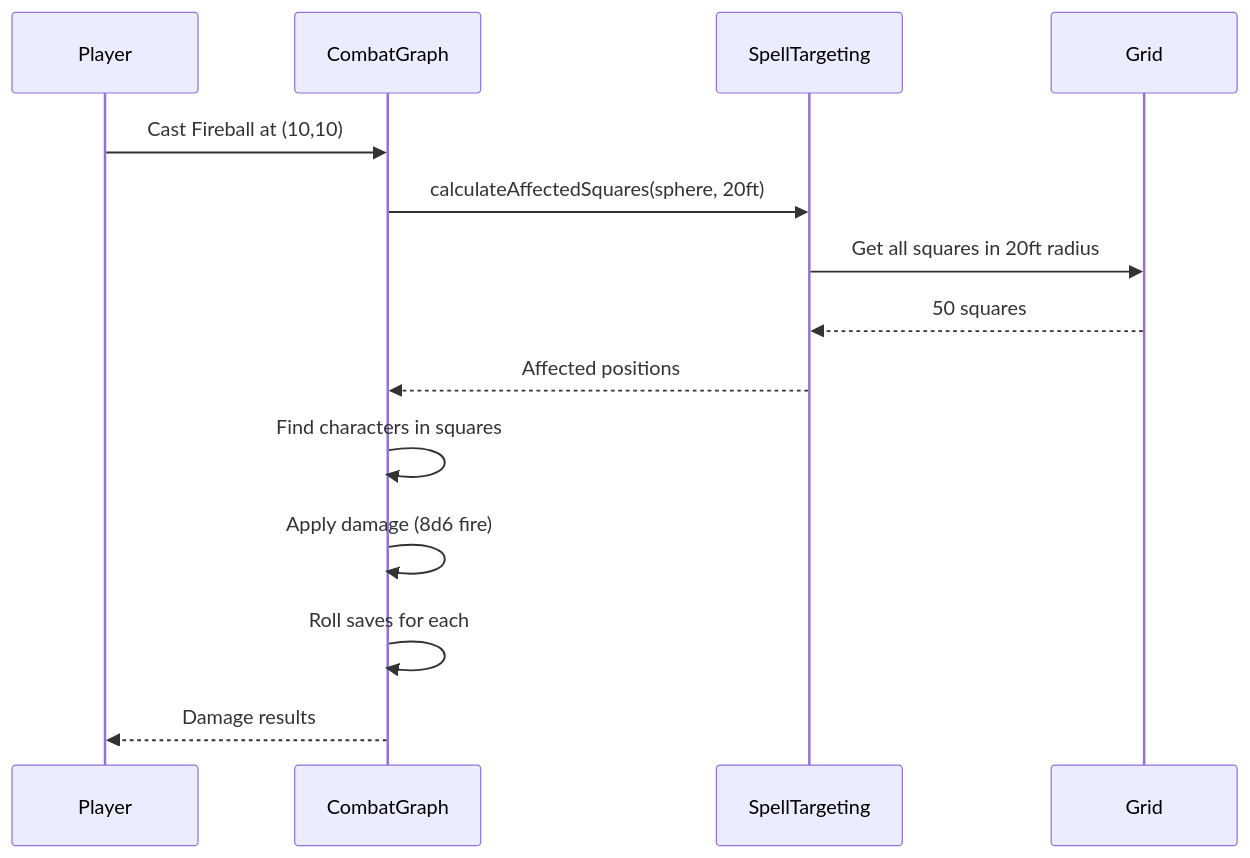
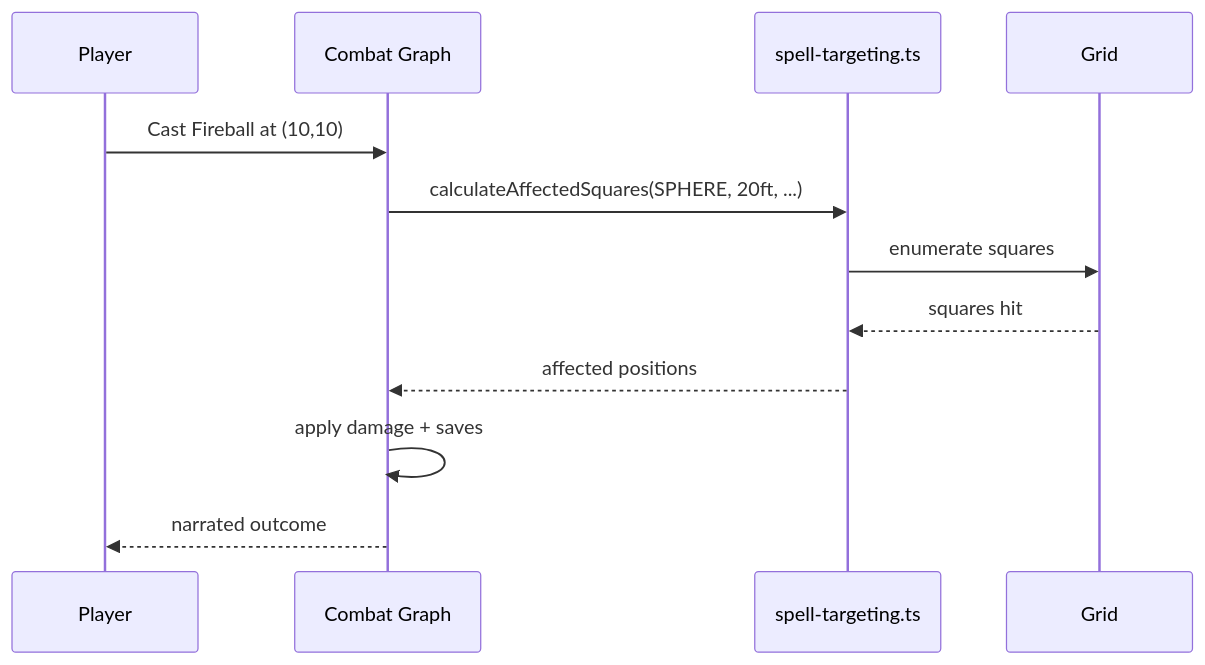
The second of 2 diagrams in backend/src/types/README-SPELLS.md (lguibr/daicer), drawn with Mermaid before and after one commit. The commit also changed other lines of this file and 150 other files, not shown here.

````diff
--- a/backend/src/types/README-SPELLS.md
+++ b/backend/src/types/README-SPELLS.md
@@ -148,17 +105,15 @@
 ```mermaid
 sequenceDiagram
     participant Player
-    participant CombatGraph
-    participant SpellTargeting
+    participant Graph as Combat Graph
+    participant Spell as spell-targeting.ts
     participant Grid
 
-    Player->>CombatGraph: Cast Fireball at (10,10)
-    CombatGraph->>SpellTargeting: calculateAffectedSquares(sphere, 20ft)
-    SpellTargeting->>Grid: Get all squares in 20ft radius
-    Grid-->>SpellTargeting: 50 squares
-    SpellTargeting-->>CombatGraph: Affected positions
-    CombatGraph->>CombatGraph: Find characters in squares
-    CombatGraph->>CombatGraph: Apply damage (8d6 fire)
-    CombatGraph->>CombatGraph: Roll saves for each
-    CombatGraph-->>Player: Damage results
+    Player->>Graph: Cast Fireball at (10,10)
+    Graph->>Spell: calculateAffectedSquares(SPHERE, 20ft, ...)
+    Spell->>Grid: enumerate squares
+    Grid-->>Spell: squares hit
+    Spell-->>Graph: affected positions
+    Graph->>Graph: apply damage + saves
+    Graph-->>Player: narrated outcome
 ```
````
